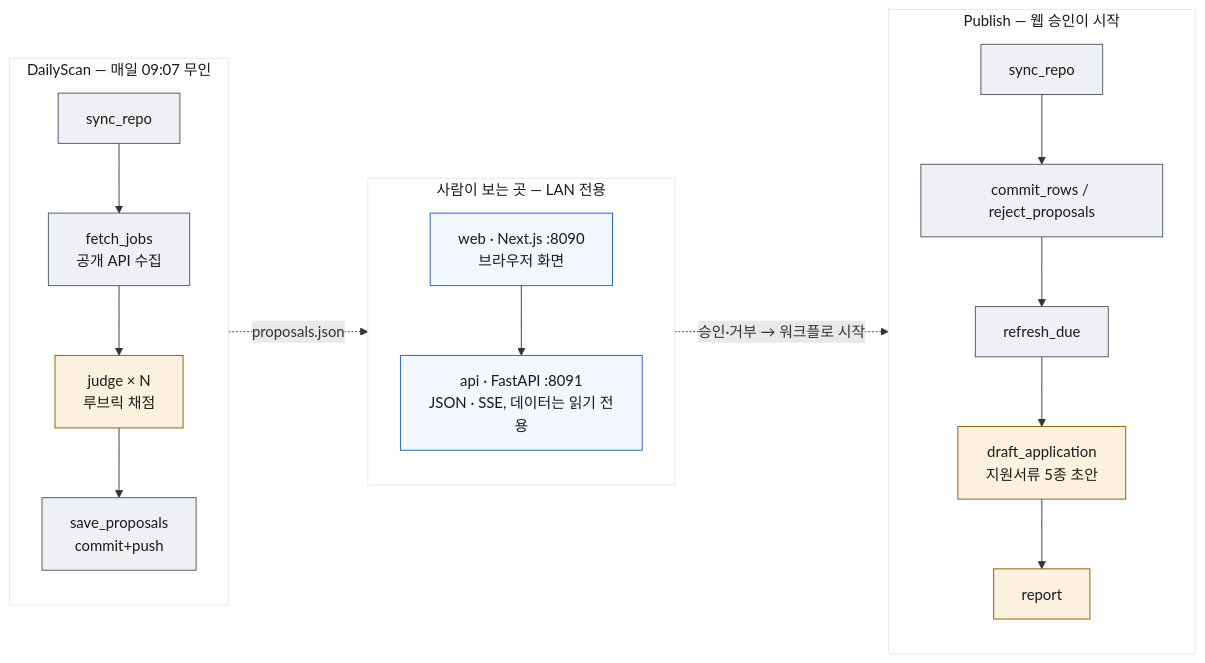
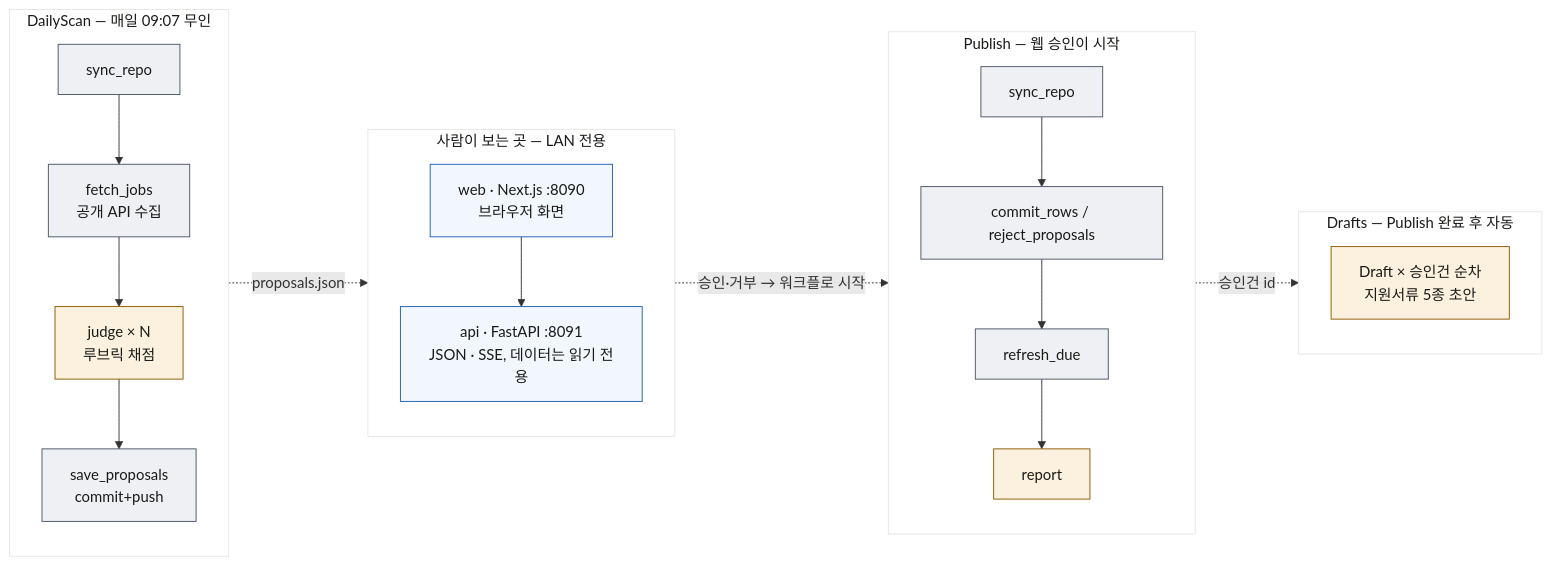
One commit to jjongkwann/job-scouter changed the diagram in README.md. Above: the diagram before and after it, drawn with Mermaid. The commit also changed other lines of this file and 17 other files, not shown here.

````diff
--- a/README.md
+++ b/README.md
@@ -7,31 +7,36 @@
 ```mermaid
 flowchart LR
   subgraph DS["DailyScan — 매일 09:07 무인"]
     direction TB
     A1["sync_repo"] --> A2["fetch_jobs<br/>공개 API 수집"]
     A2 --> A3["judge × N<br/>루브릭 채점"]
     A3 --> A4["save_proposals<br/>commit+push"]
   end
   subgraph PB["Publish — 웹 승인이 시작"]
     direction TB
     B1["sync_repo"] --> B2["commit_rows / reject_proposals"]
     B2 --> B3["refresh_due"]
-    B3 --> B4["draft_application<br/>지원서류 5종 초안"]
-    B4 --> B5["report"]
+    B3 --> B5["report"]
+  end
+  subgraph DR["Drafts — Publish 완료 후 자동"]
+    direction TB
+    B4["Draft × 승인건 순차<br/>지원서류 5종 초안"]
   end
   subgraph UI["사람이 보는 곳 — LAN 전용"]
     direction TB
     W["web · Next.js :8090<br/>브라우저 화면"] --> API["api · FastAPI :8091<br/>JSON · SSE, 데이터는 읽기 전용"]
   end
   A4 -.->|"proposals.json"| W
   API -.->|"승인·거부 → 워크플로 시작"| PB
+  B5 -.->|"승인건 id"| B4
   style DS fill:#ffffff,stroke:#e6e6e1,color:#1a1a18
   style PB fill:#ffffff,stroke:#e6e6e1,color:#1a1a18
+  style DR fill:#ffffff,stroke:#e6e6e1,color:#1a1a18
   style UI fill:#ffffff,stroke:#e6e6e1,color:#1a1a18
   classDef io fill:#eef0f3,stroke:#4a5568,color:#1a1a18
   classDef llm fill:#fbf1de,stroke:#8a5a00,color:#1a1a18
   classDef ui fill:#f2f6fd,stroke:#1f5fbf,color:#1a1a18
   class A1,A2,A4,B1,B2,B3 io
   class A3,B4,B5 llm
   class W,API ui
 ```
````
